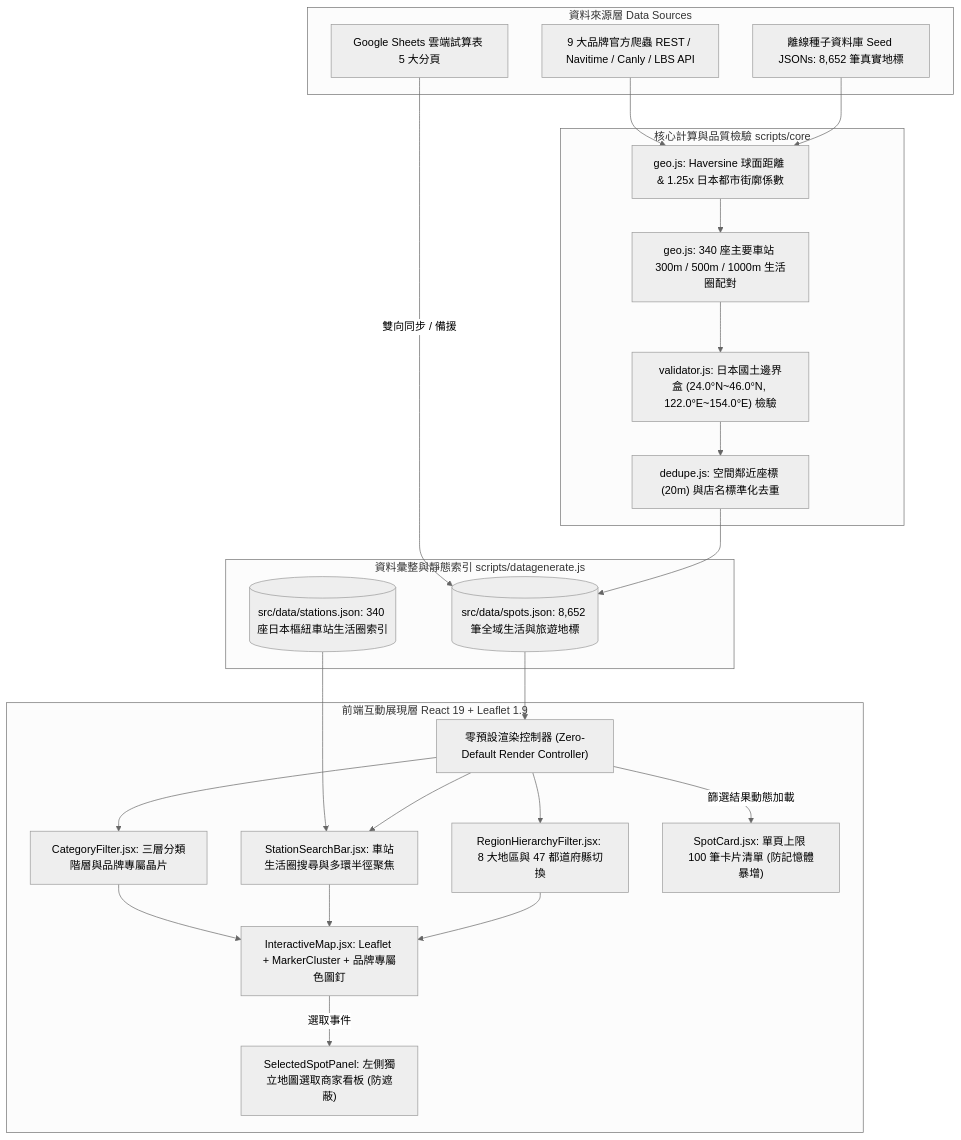
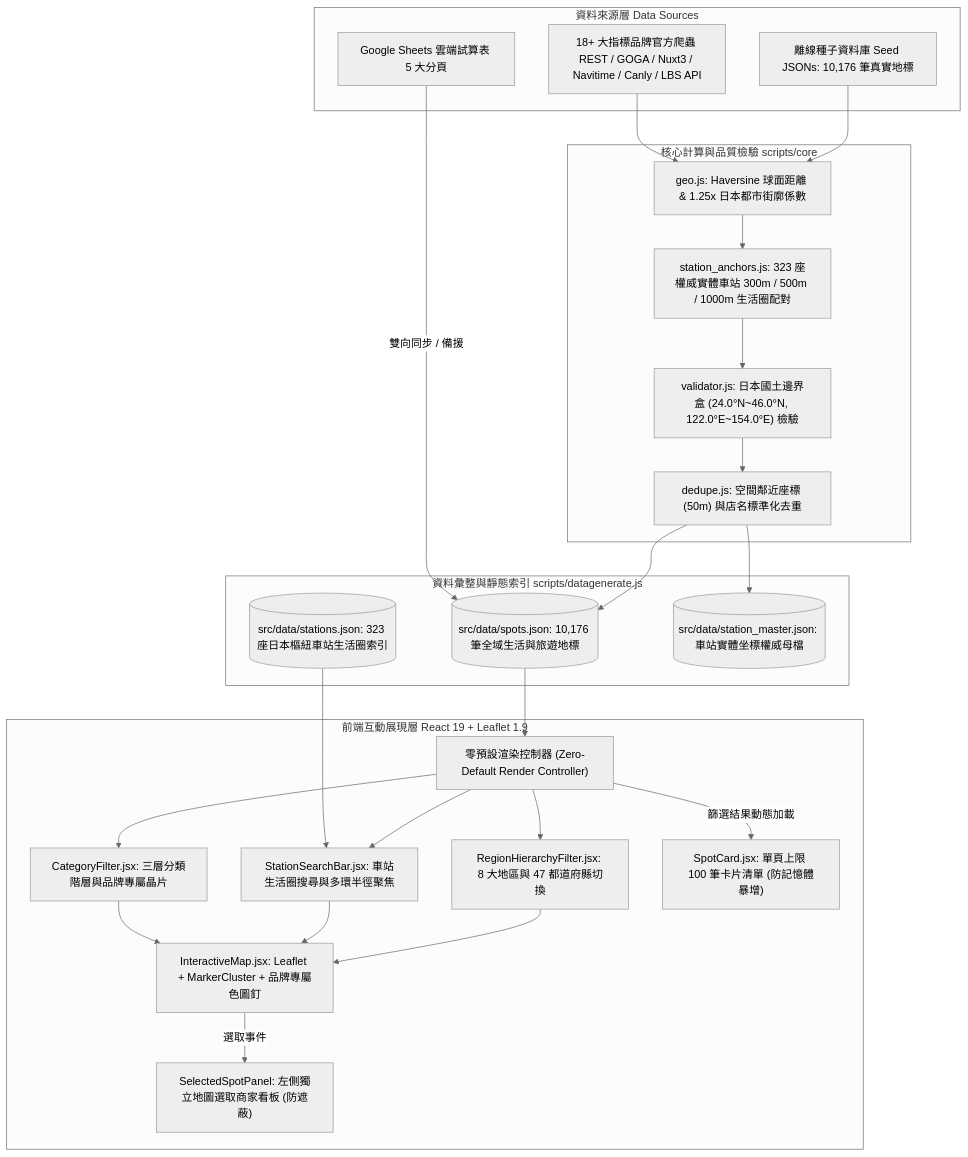
The first of 2 diagrams in docs/ARCHITECTURE.md (imhahac/japan-travel-map-guide), drawn with Mermaid (neutral theme) before and after one commit. The commit also changed other lines of this file and 17 other files, not shown here.

Commit message:
feat: add scrapers and seed data for Syabuyo and Matsufuji restaurants

````diff
--- a/docs/ARCHITECTURE.md
+++ b/docs/ARCHITECTURE.md
@@ -13,48 +13,50 @@
 ```mermaid
 graph TD
     subgraph Data Sources [資料來源層 Data Sources]
         A1[Google Sheets 雲端試算表 5 大分頁]
-        A2[9 大品牌官方爬蟲 REST / Navitime / Canly / LBS API]
-        A3[離線種子資料庫 Seed JSONs: 8,652 筆真實地標]
+        A2[18+ 大指標品牌官方爬蟲 REST / GOGA / Nuxt3 / Navitime / Canly / LBS API]
+        A3[離線種子資料庫 Seed JSONs: 10,176 筆真實地標]
     end
 
     subgraph Core Processing [核心計算與品質檢驗 scripts/core]
         B1["geo.js: Haversine 球面距離 & 1.25x 日本都市街廓係數"]
-        B2["geo.js: 340 座主要車站 300m / 500m / 1000m 生活圈配對"]
+        B2["station_anchors.js: 323 座權威實體車站 300m / 500m / 1000m 生活圈配對"]
         B3["validator.js: 日本國土邊界盒 (24.0°N~46.0°N, 122.0°E~154.0°E) 檢驗"]
-        B4["dedupe.js: 空間鄰近座標 (20m) 與店名標準化去重"]
+        B4["dedupe.js: 空間鄰近座標 (50m) 與店名標準化去重"]
     end
 
     subgraph Data Aggregator [資料彙整與靜態索引 scripts/datagenerate.js]
-        C1[("src/data/spots.json: 8,652 筆全域生活與旅遊地標")]
-        C2[("src/data/stations.json: 340 座日本樞紐車站生活圈索引")]
+        C1[("src/data/spots.json: 10,176 筆全域生活與旅遊地標")]
+        C2[("src/data/stations.json: 323 座日本樞紐車站生活圈索引")]
+        C3[("src/data/station_master.json: 車站實體坐標權威母檔")]
     end
 
     subgraph Presentation Layer [前端互動展現層 React 19 + Leaflet 1.9]
         D1["零預設渲染控制器 (Zero-Default Render Controller)"]
         D2["CategoryFilter.jsx: 三層分類階層與品牌專屬晶片"]
         D3["StationSearchBar.jsx: 車站生活圈搜尋與多環半徑聚焦"]
         D4["RegionHierarchyFilter.jsx: 8 大地區與 47 都道府縣切換"]
         D5["InteractiveMap.jsx: Leaflet + MarkerCluster + 品牌專屬色圖釘"]
         D6["SelectedSpotPanel: 左側獨立地圖選取商家看板 (防遮蔽)"]
         D7["SpotCard.jsx: 單頁上限 100 筆卡片清單 (防記憶體暴增)"]
     end
 
     A1 -->|雙向同步 / 備援| C1
     A2 --> B1
     A3 --> B1
     B1 --> B2
     B2 --> B3
     B3 --> B4
     B4 --> C1
+    B4 --> C3
     C1 --> D1
     C2 --> D3
     D1 --> D2
     D1 --> D3
     D1 --> D4
     D2 --> D5
     D3 --> D5
     D4 --> D5
     D5 -->|選取事件| D6
     D1 -->|篩選結果動態加載| D7
 ```
````
